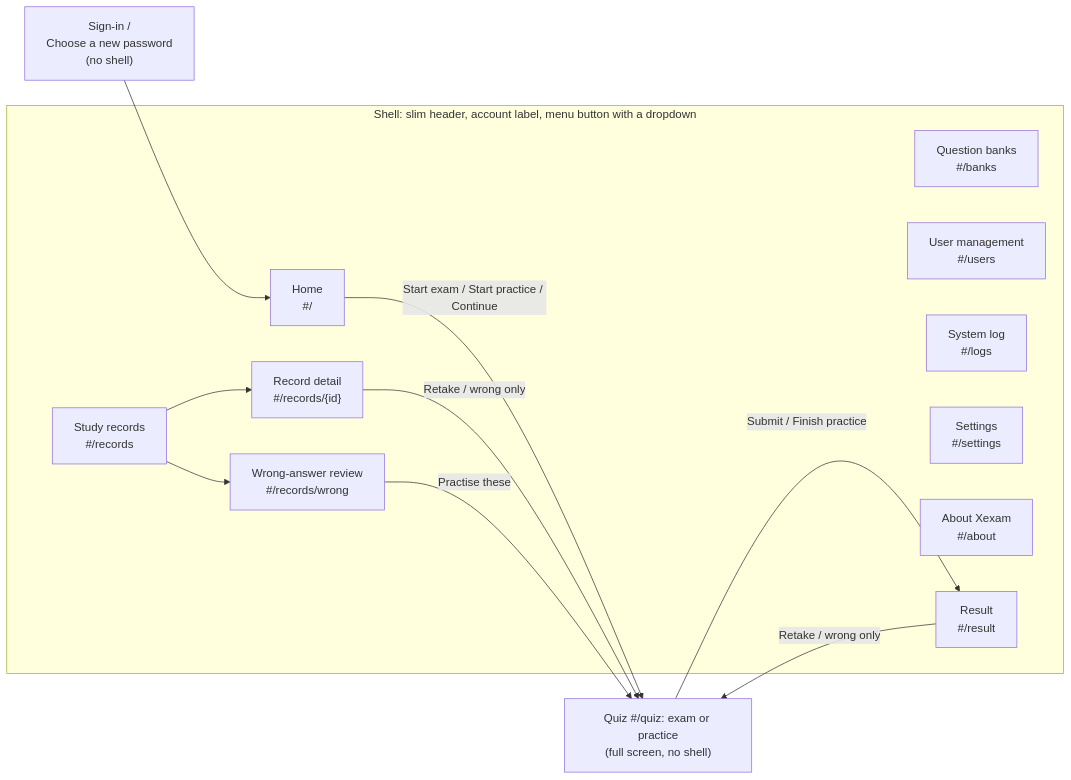
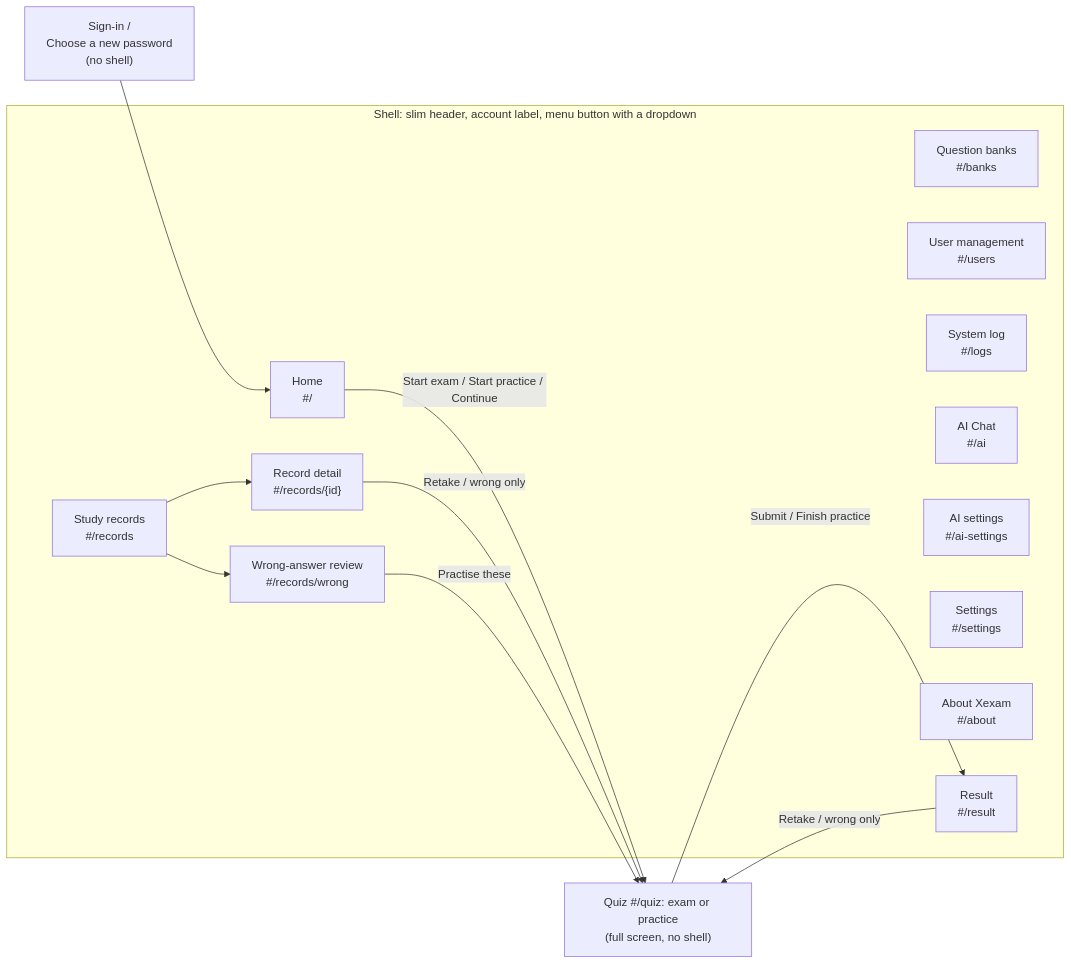
One commit to Yumin-Space/xexam changed the fourth of 7 diagrams in docs/en/architecture.md. Above: the diagram before and after it, drawn with Mermaid. The commit also changed other lines of this file and 233 other files, not shown here.

````diff
--- a/docs/en/architecture.md
+++ b/docs/en/architecture.md
@@ -196,24 +314,26 @@
 ```mermaid
 flowchart LR
     SI["Sign-in /<br/>Choose a new password<br/>(no shell)"] --> H
     subgraph shell["Shell: slim header, account label, menu button with a dropdown"]
         H["Home<br/>#/"]
         B["Question banks<br/>#/banks"]
         R["Study records<br/>#/records"]
         US["User management<br/>#/users"]
         LG["System log<br/>#/logs"]
+        AI["AI Chat<br/>#/ai"]
+        AIS["AI settings<br/>#/ai-settings"]
         S["Settings<br/>#/settings"]
         AB["About Xexam<br/>#/about"]
         D["Record detail<br/>#/records/{id}"]
         W["Wrong-answer review<br/>#/records/wrong"]
         RS["Result<br/>#/result"]
     end
     Q["Quiz #/quiz: exam or practice<br/>(full screen, no shell)"]
     R --> D
     R --> W
     H -->|"Start exam / Start practice / Continue"| Q
     Q -->|"Submit / Finish practice"| RS
     RS -->|"Retake / wrong only"| Q
     D -->|"Retake / wrong only"| Q
     W -->|"Practise these"| Q
 ```
````
